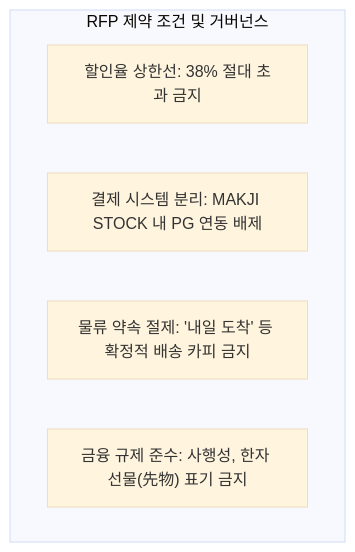
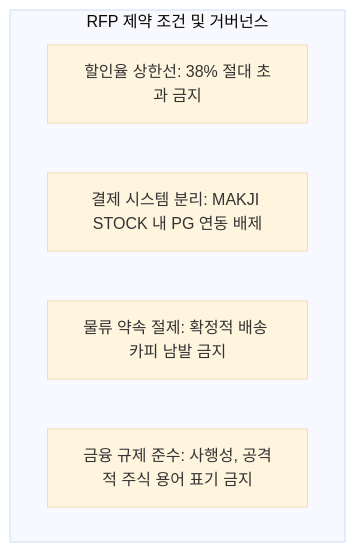
Before and after one commit to jennie-brain/makji-personal: the diagram in docs/00_rfp/RFP_ANALYSIS.md, drawn with Mermaid (base theme). The commit also changed other lines of this file and 14 other files, not shown here.

````diff
--- a/docs/00_rfp/RFP_ANALYSIS.md
+++ b/docs/00_rfp/RFP_ANALYSIS.md
@@ -39,9 +40,9 @@
 ```mermaid
 flowchart TD
     subgraph Constraints["RFP 제약 조건 및 거버넌스"]
         C1["할인율 상한선: 38% 절대 초과 금지"]
         C2["결제 시스템 분리: MAKJI STOCK 내 PG 연동 배제"]
-        C3["물류 약속 절제: '내일 도착' 등 확정적 배송 카피 금지"]
-        C4["금융 규제 준수: 사행성, 한자 선물(先物) 표기 금지"]
+        C3["물류 약속 절제: 확정적 배송 카피 남발 금지"]
+        C4["금융 규제 준수: 사행성, 공격적 주식 용어 표기 금지"]
     end
 ```
````
